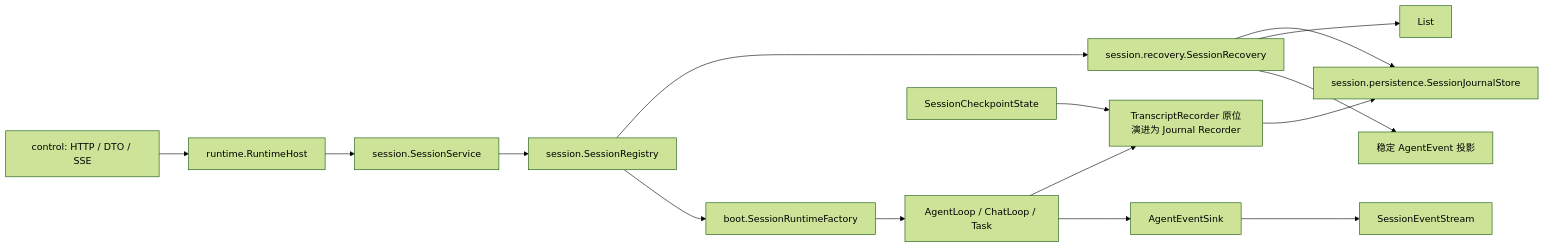
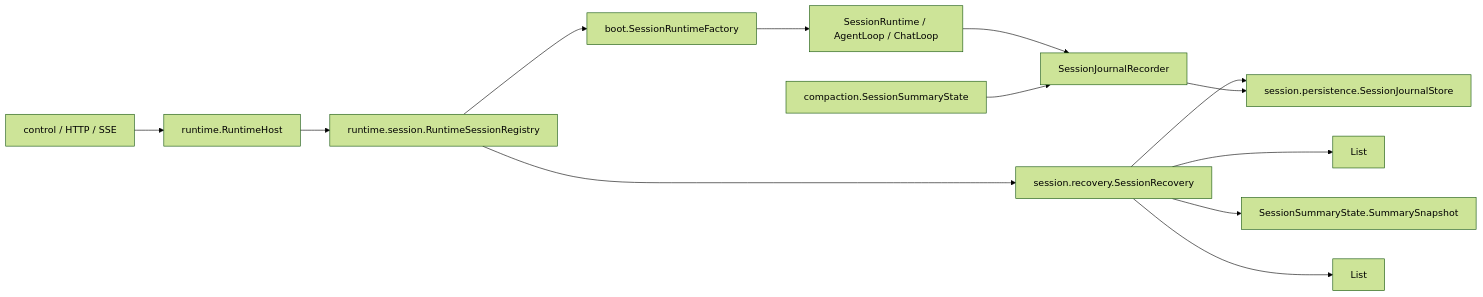
Before and after one commit to codingayice/my-claude-code: the first of 2 diagrams in docs/design/veyra-interrupted-run-recovery-design.md, drawn with Mermaid (forest theme). The commit also changed other lines of this file and 49 other files, not shown here.

````diff
--- a/docs/design/veyra-interrupted-run-recovery-design.md
+++ b/docs/design/veyra-interrupted-run-recovery-design.md
@@ -160,17 +81,15 @@
 ```mermaid
 flowchart LR
-  Control["control: HTTP / DTO / SSE"] --> Host["runtime.RuntimeHost"]
-  Host --> Service["session.SessionService"]
-  Service --> Registry["session.SessionRegistry"]
+  Control["control / HTTP / SSE"] --> Host["runtime.RuntimeHost"]
+  Host --> Registry["runtime.session.RuntimeSessionRegistry"]
   Registry --> Recovery["session.recovery.SessionRecovery"]
   Recovery --> Store["session.persistence.SessionJournalStore"]
   Registry --> Factory["boot.SessionRuntimeFactory"]
-  Factory --> Runtime["AgentLoop / ChatLoop / Task"]
-  Runtime --> Recorder["TranscriptRecorder 原位演进为 Journal Recorder"]
+  Factory --> Runtime["SessionRuntime / AgentLoop / ChatLoop"]
+  Runtime --> Recorder["SessionJournalRecorder"]
   Recorder --> Store
-  Runtime --> EventSink["AgentEventSink"]
-  EventSink --> SSE["SessionEventStream"]
-  Recovery --> WorkingHistory["List<WorkingMessage>"]
-  Recovery --> StableEvents["稳定 AgentEvent 投影"]
-  CheckpointState["SessionCheckpointState"] --> Recorder
+  SummaryState["compaction.SessionSummaryState"] --> Recorder
+  Recovery --> History["List<WorkingMessage>"]
+  Recovery --> RestoredSummary["SessionSummaryState.SummarySnapshot"]
+  Recovery --> StableEvents["List<AgentEvent>"]
 ```
````
